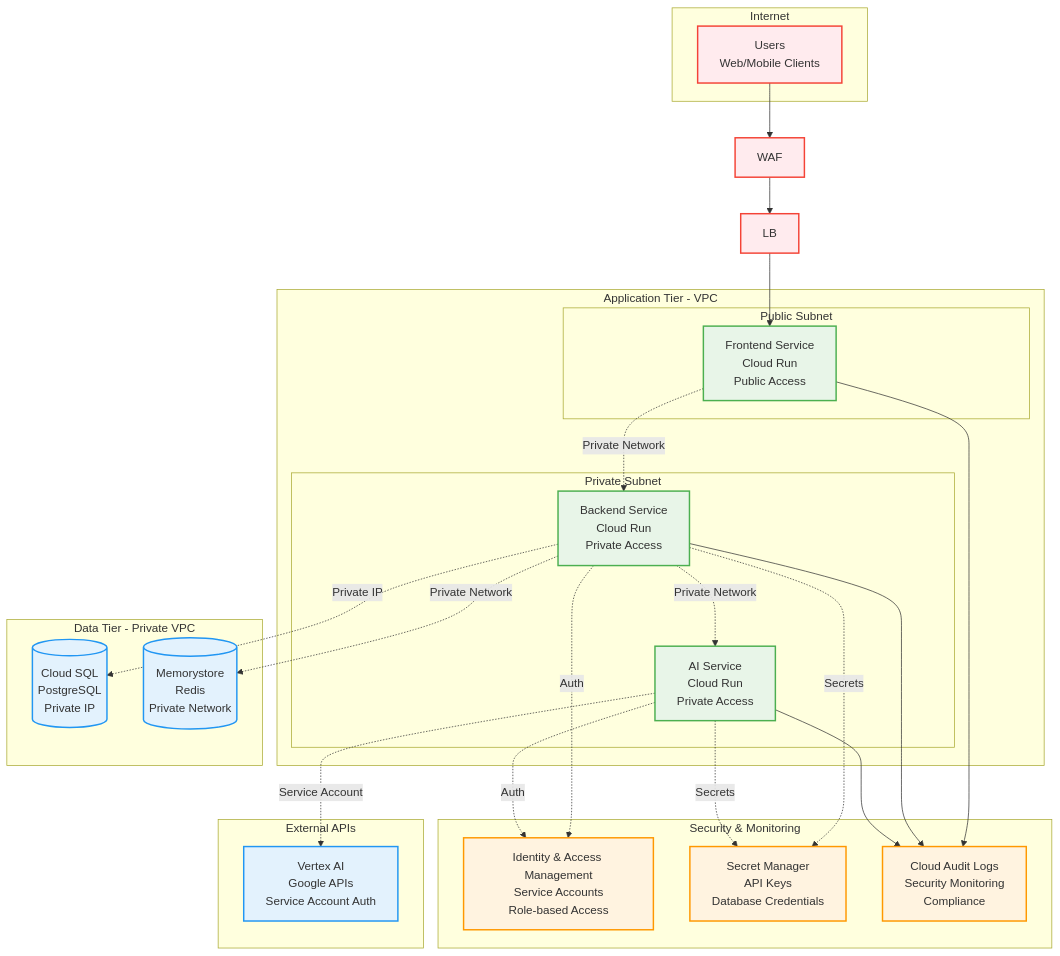
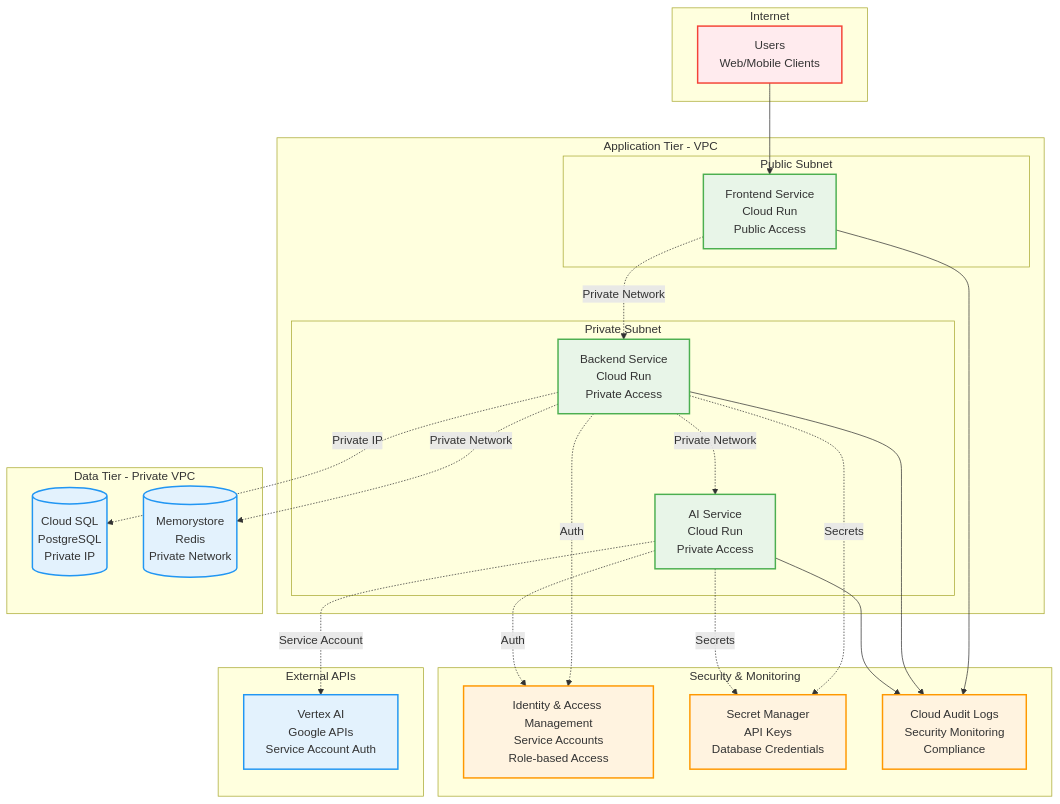
One commit to kamijimatomoaki/ai_werewolf changed the eighth of 8 diagrams in system_architecture.md. Above: the diagram before and after it, drawn with Mermaid.

````diff
--- a/system_architecture.md
+++ b/system_architecture.md
@@ -515,66 +515,64 @@
 ```mermaid
 graph TB
     subgraph "Internet"
         USERS[Users<br/>Web/Mobile Clients]
     end
     
     subgraph "Application Tier - VPC"
         subgraph "Public Subnet"
             FRONTEND[Frontend Service<br/>Cloud Run<br/>Public Access]
         end
         
         subgraph "Private Subnet"
             BACKEND[Backend Service<br/>Cloud Run<br/>Private Access]
             AISERVICE[AI Service<br/>Cloud Run<br/>Private Access]
         end
     end
     
     subgraph "Data Tier - Private VPC"
         DATABASE[(Cloud SQL<br/>PostgreSQL<br/>Private IP)]
         CACHE[(Memorystore<br/>Redis<br/>Private Network)]
     end
     
     subgraph "External APIs"
         VERTEX[Vertex AI<br/>Google APIs<br/>Service Account Auth]
     end
     
     subgraph "Security & Monitoring"
         IAM[Identity & Access Management<br/>Service Accounts<br/>Role-based Access]
         SECRETS[Secret Manager<br/>API Keys<br/>Database Credentials]
         AUDIT[Cloud Audit Logs<br/>Security Monitoring<br/>Compliance]
     end
     
     %% Network flow
-    USERS --> WAF
-    WAF --> LB
-    LB --> FRONTEND
+    USERS -->FRONTEND
     FRONTEND -.->|Private Network| BACKEND
     BACKEND -.->|Private Network| AISERVICE
     
     %% Data connections
     BACKEND -.->|Private IP| DATABASE
     BACKEND -.->|Private Network| CACHE
     AISERVICE -.->|Service Account| VERTEX
     
     %% Security connections
     BACKEND -.->|Auth| IAM
     AISERVICE -.->|Auth| IAM
     BACKEND -.->|Secrets| SECRETS
     AISERVICE -.->|Secrets| SECRETS
     
     %% Monitoring
     FRONTEND --> AUDIT
     BACKEND --> AUDIT
     AISERVICE --> AUDIT
     
     %% Styling
     classDef publicStyle fill:#ffebee,stroke:#f44336,stroke-width:2px
     classDef appStyle fill:#e8f5e8,stroke:#4caf50,stroke-width:2px
     classDef dataStyle fill:#e3f2fd,stroke:#2196f3,stroke-width:2px
     classDef securityStyle fill:#fff3e0,stroke:#ff9800,stroke-width:2px
     
     class USERS,WAF,LB publicStyle
     class FRONTEND,BACKEND,AISERVICE appStyle
     class DATABASE,CACHE,VERTEX dataStyle
     class IAM,SECRETS,AUDIT securityStyle
 ```
````
